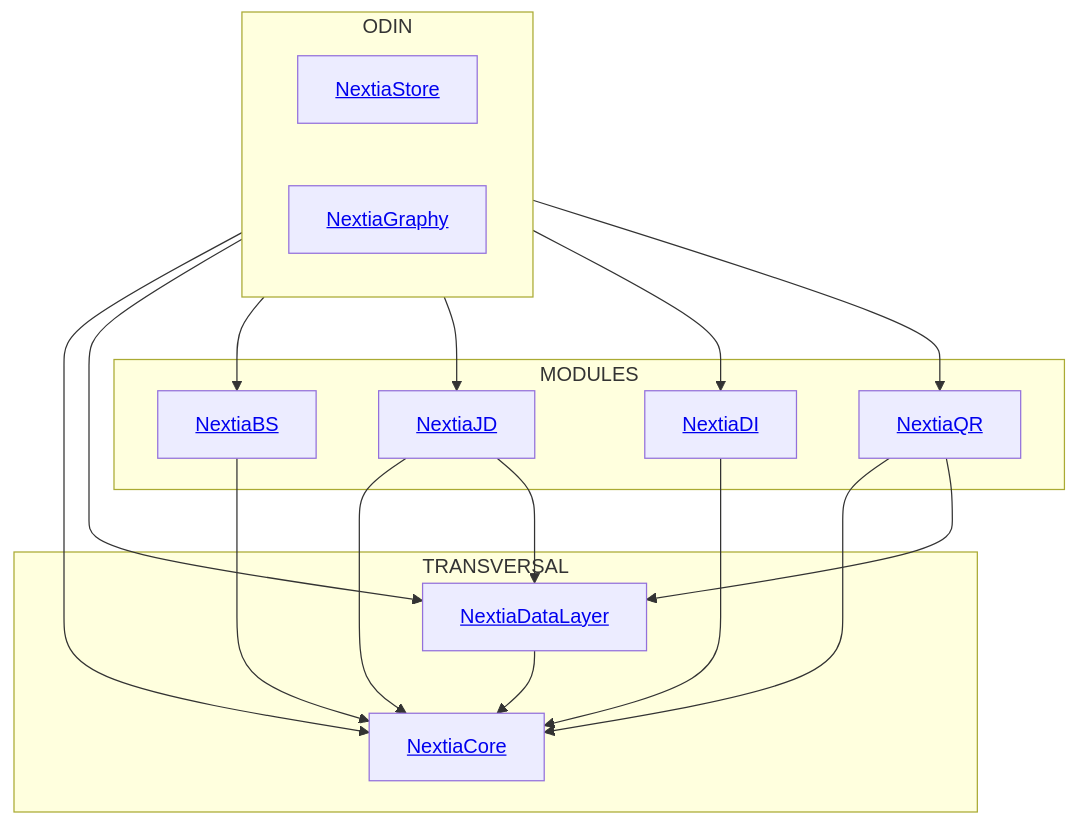
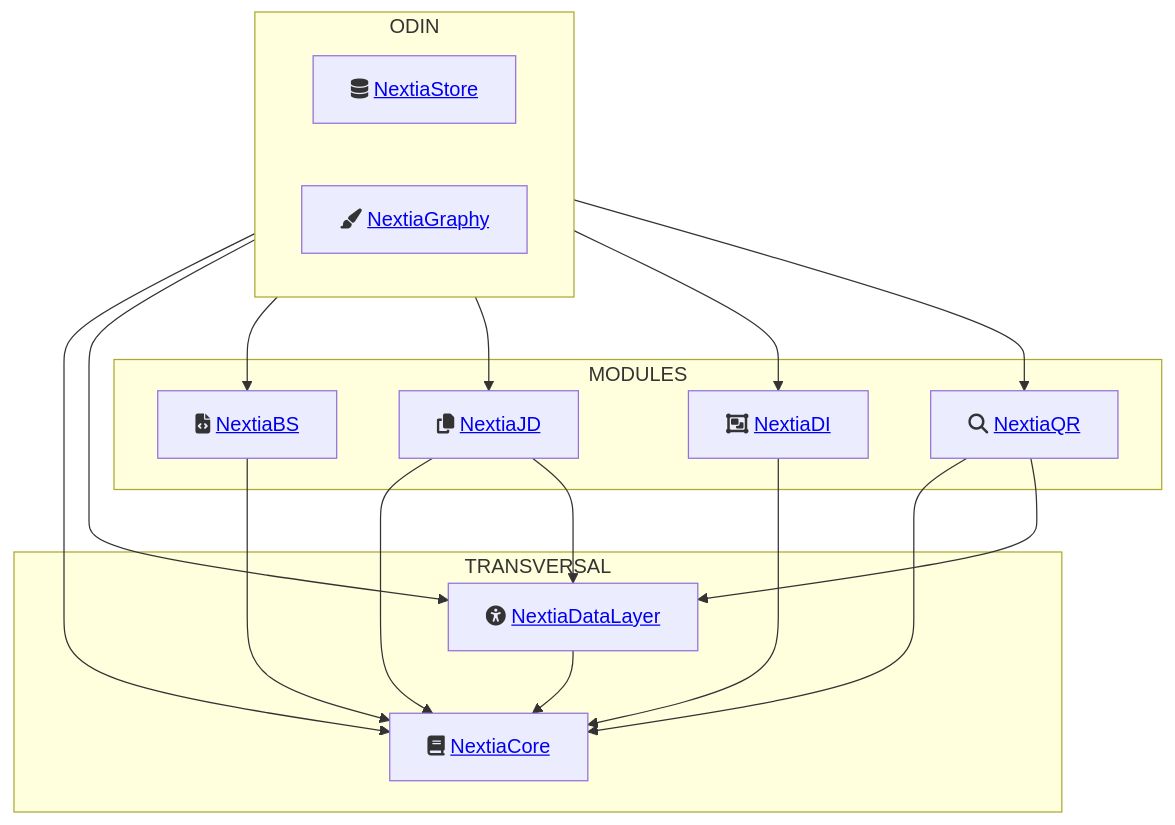
Before and after one commit to dtim-upc/ODIN: the diagram in README.md, drawn with Mermaid.

````diff
--- a/README.md
+++ b/README.md
@@ -172,29 +172,29 @@
 ```mermaid
 graph TD;
 
 subgraph ODIN
-  NextiaStore[<a href='https://github.com/dtim-upc/ODIN/tree/main/api/src/main/java/edu/upc/essi/dtim/odin/NextiaStore' >NextiaStore</a>]
-  NextiaGraphy[<a href='https://github.com/dtim-upc/ODIN/tree/main/api/src/main/java/edu/upc/essi/dtim/odin/nextiaInterfaces/NextiaGraphy' >NextiaGraphy</a>]
+  NextiaStore[fa:fa-database <a href='https://github.com/dtim-upc/ODIN/tree/main/api/src/main/java/edu/upc/essi/dtim/odin/NextiaStore' >NextiaStore</a>]
+  NextiaGraphy[fa:fa-paint-brush <a href='https://github.com/dtim-upc/ODIN/tree/main/api/src/main/java/edu/upc/essi/dtim/odin/nextiaInterfaces/NextiaGraphy' >NextiaGraphy</a>]
 end
 
 subgraph MODULES
-  NextiaBS[<a href='https://github.com/dtim-upc/NextiaBS' >NextiaBS</a>]
-  NextiaJD[<a href='https://github.com/dtim-upc/NextiaJD2' >NextiaJD</a>]
-  NextiaDI[<a href='https://github.com/dtim-upc/NextiaDI' >NextiaDI</a>]
-  NextiaQR[<a href='https://github.com/dtim-upc/NextiaQR' >NextiaQR</a>]
+  NextiaBS[fa:fa-file-code <a href='https://github.com/dtim-upc/NextiaBS' >NextiaBS</a>]
+  NextiaJD[fa:fa-copy <a href='https://github.com/dtim-upc/NextiaJD2' >NextiaJD</a>]
+  NextiaDI[fa:fa-object-group <a href='https://github.com/dtim-upc/NextiaDI' >NextiaDI</a>]
+  NextiaQR[fa:fa-search <a href='https://github.com/dtim-upc/NextiaQR' >NextiaQR</a>]
 end
 
 subgraph TRANSVERSAL
-  NextiaCore[<a href='https://github.com/dtim-upc/NextiaCore' >NextiaCore</a>]
-  NextiaDataLayer[<a href='https://github.com/dtim-upc/NextiaDataLayer' >NextiaDataLayer</a>]
+  NextiaCore[fa:fa-book <a href='https://github.com/dtim-upc/NextiaCore' >NextiaCore</a>]
+  NextiaDataLayer[fa:fa-universal-access <a href='https://github.com/dtim-upc/NextiaDataLayer' >NextiaDataLayer</a>]
 end
 
 ODIN-->NextiaCore;
 ODIN-->NextiaDataLayer-->NextiaCore;
 ODIN-->NextiaBS-->NextiaCore;
 ODIN-->NextiaJD-->NextiaCore;
 ODIN-->NextiaDI-->NextiaCore;
 ODIN-->NextiaQR-->NextiaCore;
 NextiaJD-->NextiaDataLayer;
 NextiaQR-->NextiaDataLayer;
 ```
````
